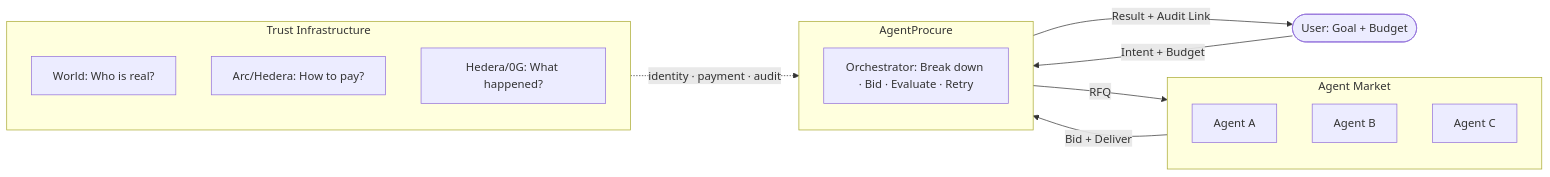
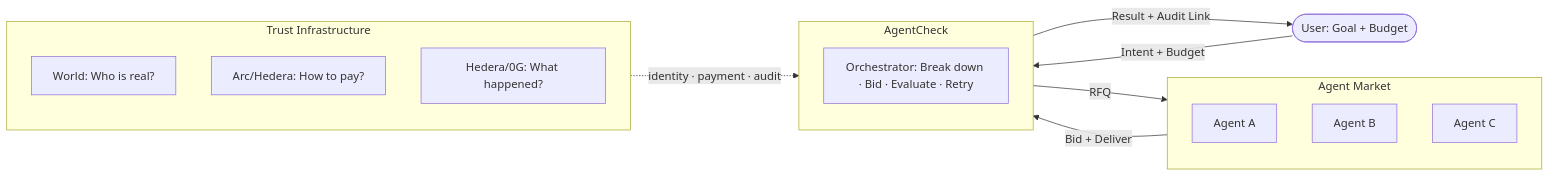
Before and after one commit to Chloezhu010/AgentCheck: the first of 6 diagrams in docs/architecture.md, drawn with Mermaid. The commit also changed other lines of this file and 15 other files, not shown here.

````diff
--- a/docs/architecture.md
+++ b/docs/architecture.md
@@ -13,27 +13,27 @@
 ```mermaid
 flowchart LR
     User(["User: Goal + Budget"])
 
-    subgraph Core["AgentProcure"]
+    subgraph Core["AgentCheck"]
         direction TB
         Orch["Orchestrator: Break down · Bid · Evaluate · Retry"]
     end
 
     subgraph Agents["Agent Market"]
         A1["Agent A"]
         A2["Agent B"]
         A3["Agent C"]
     end
 
     subgraph Infrastructure["Trust Infrastructure"]
         W["World: Who is real?"]
         P["Arc/Hedera: How to pay?"]
         H["Hedera/0G: What happened?"]
     end
 
     User -->|"Intent + Budget"| Orch
     Orch -->|"RFQ"| Agents
     Agents -->|"Bid + Deliver"| Orch
     Orch -->|"Result + Audit Link"| User
     Infrastructure -. "identity · payment · audit" .-> Orch
 ```
````
